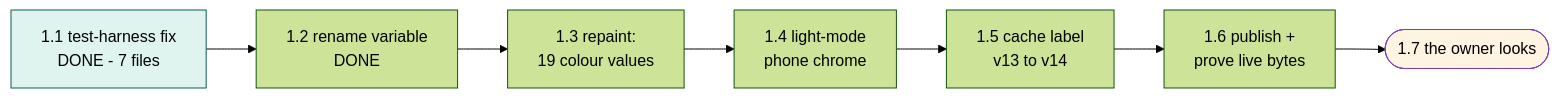
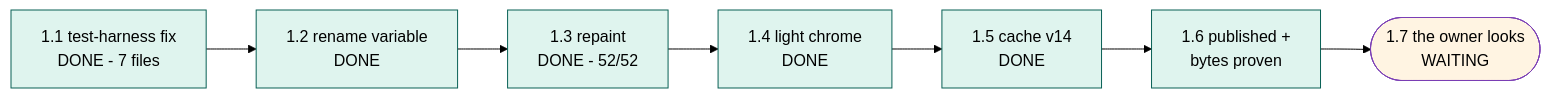
Before and after one commit to dkreinov/magic-clinic-english: the diagram in .oplan/word-quiz-reskin/STATUS.md, drawn with Mermaid (forest theme). The commit also changed other lines of this file and 2 other files, not shown here.

Commit message:
oplan: word-quiz-reskin — STATUS/briefing/phase-state at the 1.7 gate (waiting on the owner look)

````diff
--- a/.oplan/word-quiz-reskin/STATUS.md
+++ b/.oplan/word-quiz-reskin/STATUS.md
@@ -13,11 +9,16 @@
 ```mermaid
 flowchart LR
     A[1.1 test-harness fix<br/>DONE - 7 files] --> B[1.2 rename variable<br/>DONE]
-    B --> C[1.3 repaint:<br/>19 colour values]
-    C --> D[1.4 light-mode<br/>phone chrome]
-    D --> E[1.5 cache label<br/>v13 to v14]
-    E --> F[1.6 publish +<br/>prove live bytes]
-    F --> G([1.7 the owner looks])
+    B --> C[1.3 repaint<br/>DONE - 52/52]
+    C --> D[1.4 light chrome<br/>DONE]
+    D --> E[1.5 cache v14<br/>DONE]
+    E --> F[1.6 published +<br/>bytes proven]
+    F --> G([1.7 the owner looks<br/>WAITING])
     style A fill:#dff4ee,stroke:#086055
+    style B fill:#dff4ee,stroke:#086055
+    style C fill:#dff4ee,stroke:#086055
+    style D fill:#dff4ee,stroke:#086055
+    style E fill:#dff4ee,stroke:#086055
+    style F fill:#dff4ee,stroke:#086055
     style G fill:#fff4e2,stroke:#7b3fb5
 ```
````
